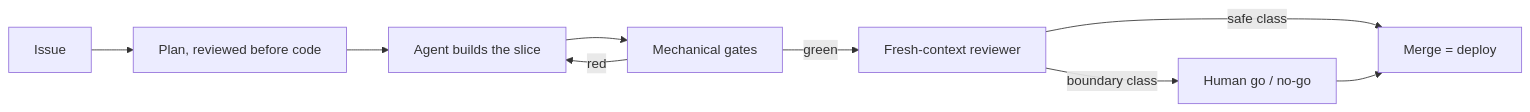
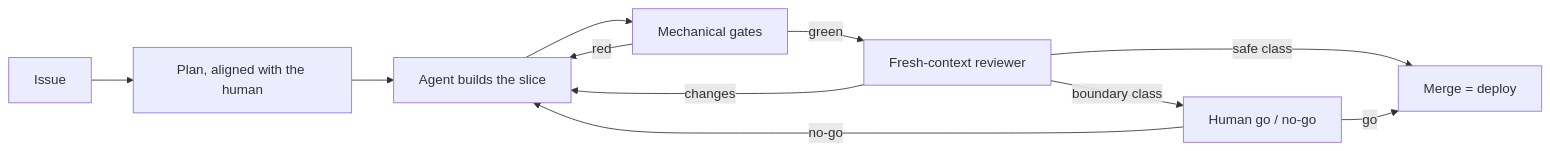
The second of 2 diagrams in apps/fed/src/content/architecture.en.md (tedeuxx/tadeumendonca-io), drawn with Mermaid before and after one commit. The commit also changed other lines of this file and 7 other files, not shown here.

First line of the commit message:
fix(fed): the test written to answer "named for a discrimination it cannot make" was one (#170)

````diff
--- a/apps/fed/src/content/architecture.en.md
+++ b/apps/fed/src/content/architecture.en.md
@@ -60,13 +58,15 @@
 ```mermaid
 flowchart LR
   accTitle: Where the human sits in the loop
-  accDescr: An issue becomes a plan, reviewed before implementation. The agent builds the slice and runs the mechanical gates, looping back on red. A fresh-context reviewer then judges the change. Safe-class work it merges itself, and the merge is the deploy. Boundary-class work — infrastructure, the loop's own rules, publishing an article — routes to the one human decision point, which is the only thing standing between the change and production.
-  I["Issue"] --> P["Plan, reviewed before code"]
+  accDescr: An issue becomes a plan the human aligns on before any code is written. The agent builds the slice and runs the mechanical gates, which loop back on red. A fresh-context reviewer then judges the change and can send it back. Safe-class work it merges itself, and the merge is the deploy. Boundary-class work — infrastructure, the loop's own rules, publishing an article — routes to a human go or no-go, which is the last thing before production and can also return the work.
+  I["Issue"] --> P["Plan, aligned with the human"]
   P --> B["Agent builds the slice"]
   B --> G["Mechanical gates"]
   G -- "red" --> B
   G -- "green" --> R["Fresh-context reviewer"]
+  R -- "changes" --> B
   R -- "safe class" --> M["Merge = deploy"]
   R -- "boundary class" --> H["Human go / no-go"]
-  H --> M
+  H -- "go" --> M
+  H -- "no-go" --> B
 ```
````
